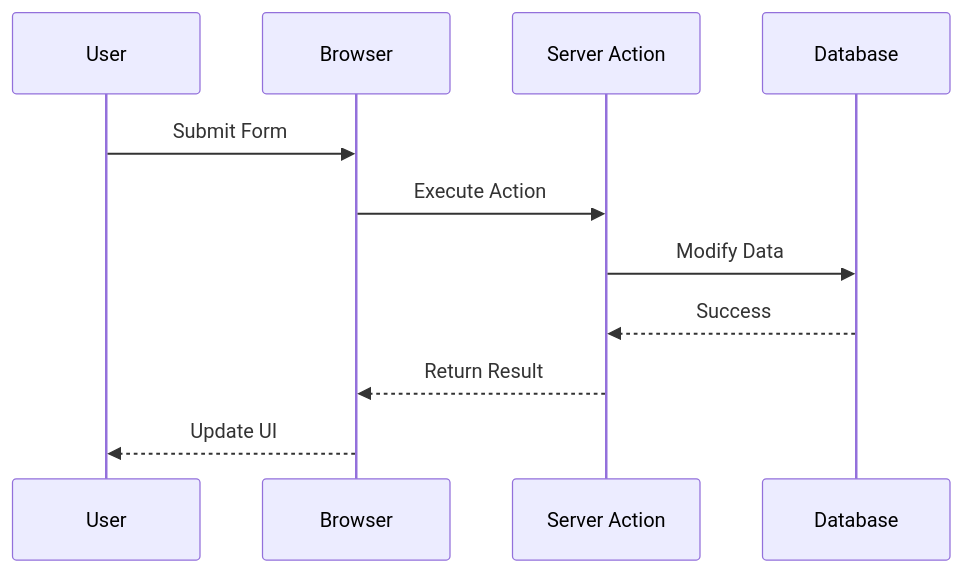
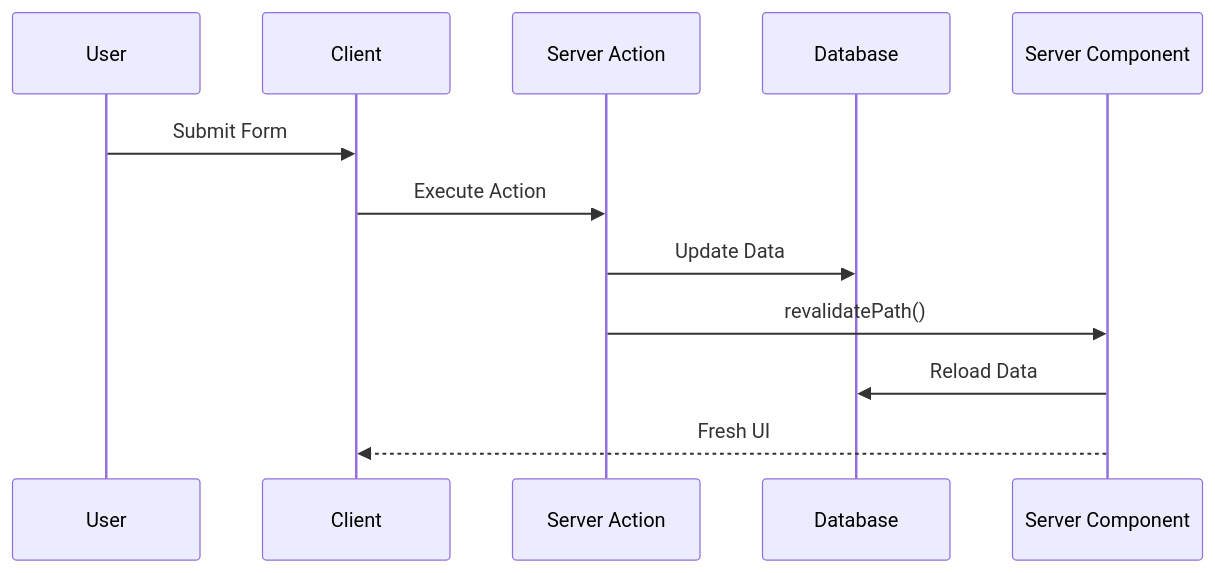
Before and after one commit to seanwhs/Tutorials: the second of 3 diagrams in NextJS/Next-JS-Tutorial/Articles/Modern-Client-Server-Architecture.md, drawn with Mermaid. The commit also changed other lines of this file, not shown here.

````diff
--- a/NextJS/Next-JS-Tutorial/Articles/Modern-Client-Server-Architecture.md
+++ b/NextJS/Next-JS-Tutorial/Articles/Modern-Client-Server-Architecture.md
@@ -716,14 +392,21 @@
 ```mermaid
 sequenceDiagram
+
     participant U as User
-    participant B as Browser
+    participant C as Client
     participant SA as Server Action
     participant DB as Database
+    participant SC as Server Component
 
-    U->>B: Submit Form
-    B->>SA: Execute Action
-    SA->>DB: Modify Data
-    DB-->>SA: Success
-    SA-->>B: Return Result
-    B-->>U: Update UI
+    U->>C: Submit Form
+
+    C->>SA: Execute Action
+
+    SA->>DB: Update Data
+
+    SA->>SC: revalidatePath()
+
+    SC->>DB: Reload Data
+
+    SC-->>C: Fresh UI
 ```
````
